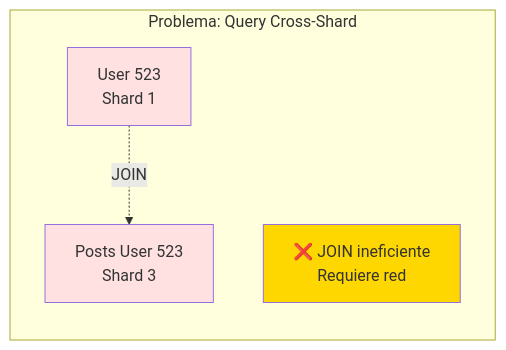
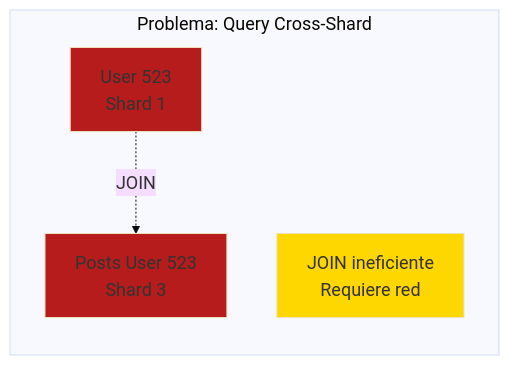
One commit to Ai-Whisperers/Courses-Content changed the tenth of 20 diagrams in courses/🟡-development/FPUNA-2026/01-DESARROLLO-SOFTWARE/05-diseno-sistemas.md. Above: the diagram before and after it, drawn with Mermaid. The commit also changed other lines of this file and 47 other files, not shown here.

First line of the commit message:
fix: Make all 473 diagrams WCAG AAA accessible (FPUNA-2026)

````diff
--- a/courses/🟡-development/FPUNA-2026/01-DESARROLLO-SOFTWARE/05-diseno-sistemas.md
+++ b/courses/🟡-development/FPUNA-2026/01-DESARROLLO-SOFTWARE/05-diseno-sistemas.md
@@ -397,12 +406,13 @@
 ```mermaid
+%%{init: {'theme':'base', 'themeVariables': {'fontSize':'18px'}}}%%
 graph LR
     subgraph "Problema: Query Cross-Shard"
         A[User 523<br/>Shard 1] -.JOIN.-> B[Posts User 523<br/>Shard 3]
         
-        C[❌ JOIN ineficiente<br/>Requiere red]
+        C[JOIN ineficiente<br/>Requiere red]
     end
     
-    style A fill:#FFE1E1
-    style B fill:#FFE1E1
+    style A fill:#b71c1c
+    style B fill:#b71c1c
     style C fill:#FFD700
 ```
````
